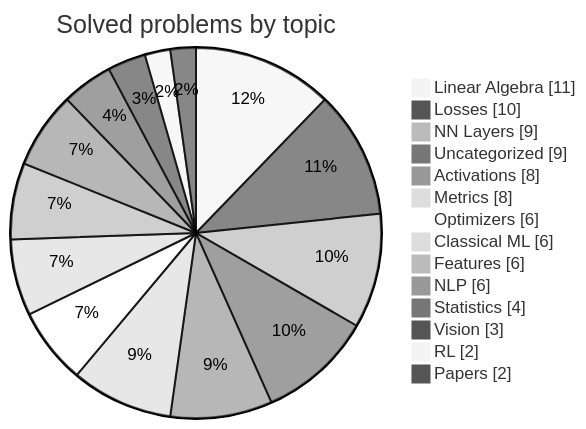
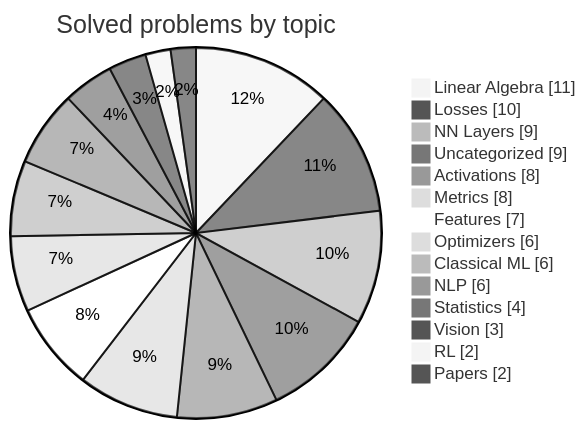
One commit to HarryTrn/TensorTonic-Solutions changed the second of 2 diagrams in README.md. Above: the diagram before and after it, drawn with Mermaid (neutral theme). The commit also changed other lines of this file, not shown here.

````diff
--- a/README.md
+++ b/README.md
@@ -74,18 +74,18 @@
 ```mermaid
 pie showData
     title Solved problems by topic
     "Linear Algebra" : 11
     "Losses" : 10
     "NN Layers" : 9
     "Uncategorized" : 9
     "Activations" : 8
     "Metrics" : 8
+    "Features" : 7
     "Optimizers" : 6
     "Classical ML" : 6
-    "Features" : 6
     "NLP" : 6
     "Statistics" : 4
     "Vision" : 3
     "RL" : 2
     "Papers" : 2
 ```
````
